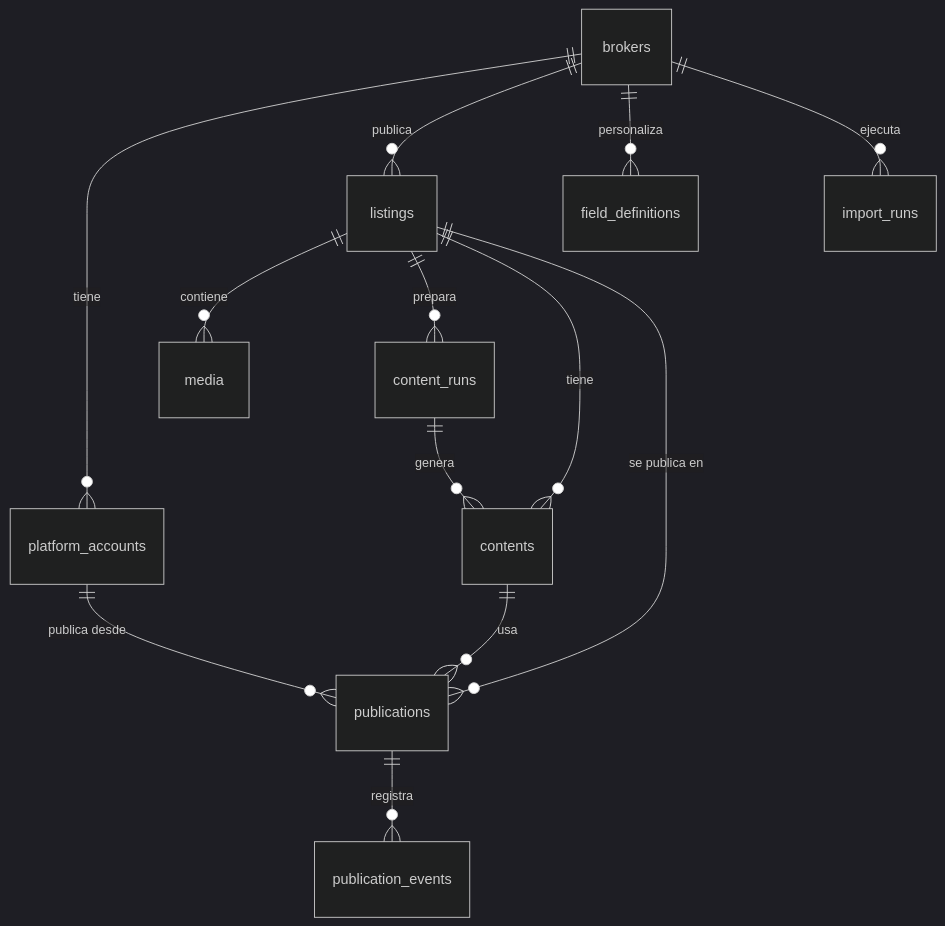
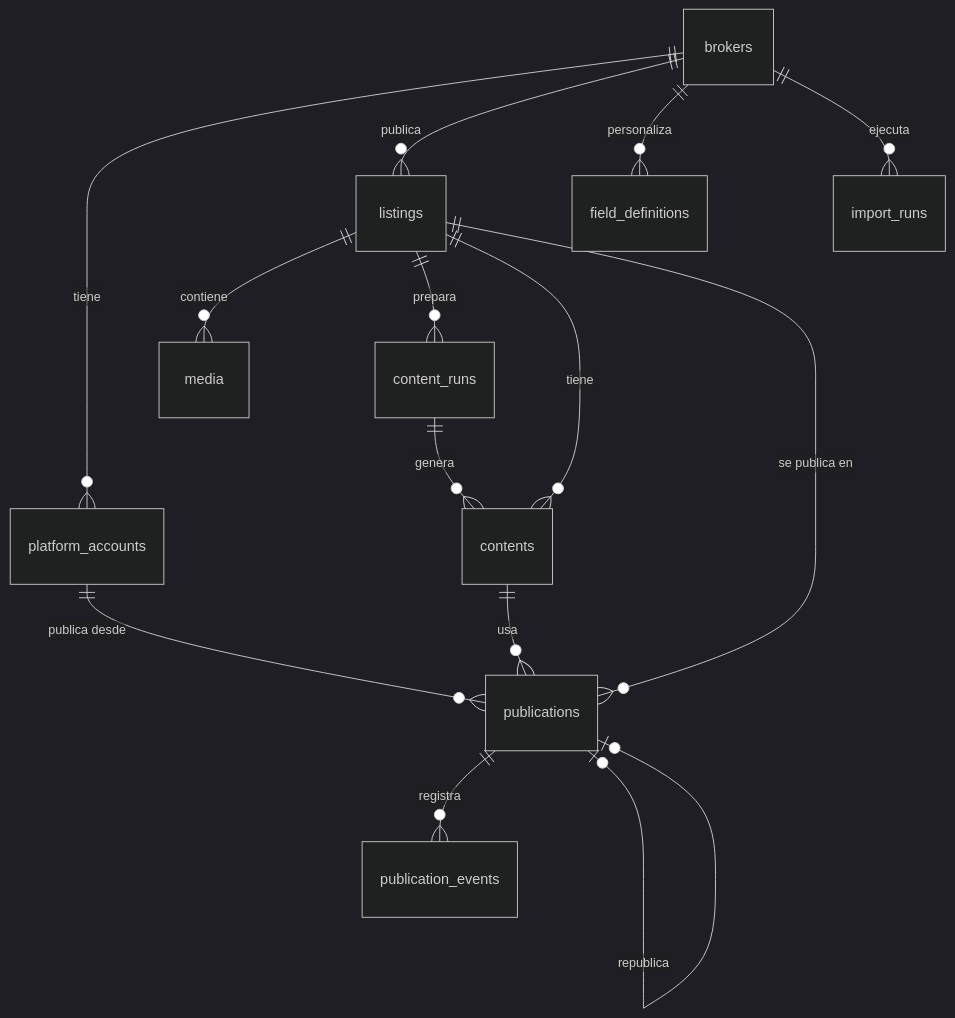
The diagram in docs/02-modelo-datos.md (vicentewolde/AgentSales), drawn with Mermaid (dark theme) before and after one commit. The commit also changed other lines of this file and 16 other files, not shown here.

````diff
--- a/docs/02-modelo-datos.md
+++ b/docs/02-modelo-datos.md
@@ -9,15 +9,16 @@
 ```mermaid
 erDiagram
   brokers ||--o{ platform_accounts : tiene
   brokers ||--o{ listings : publica
   brokers ||--o{ field_definitions : personaliza
   brokers ||--o{ import_runs : ejecuta
   listings ||--o{ media : contiene
   listings ||--o{ content_runs : prepara
   content_runs ||--o{ contents : genera
   listings ||--o{ contents : tiene
   listings ||--o{ publications : "se publica en"
   platform_accounts ||--o{ publications : "publica desde"
   contents ||--o{ publications : usa
   publications ||--o{ publication_events : registra
+  publications |o--o| publications : republica
 ```
````
